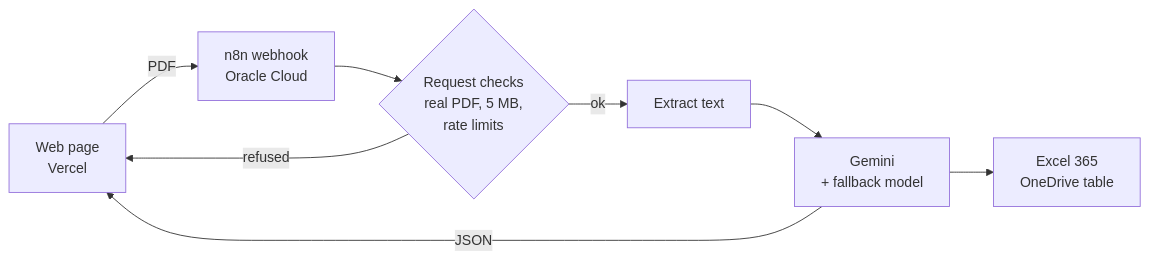
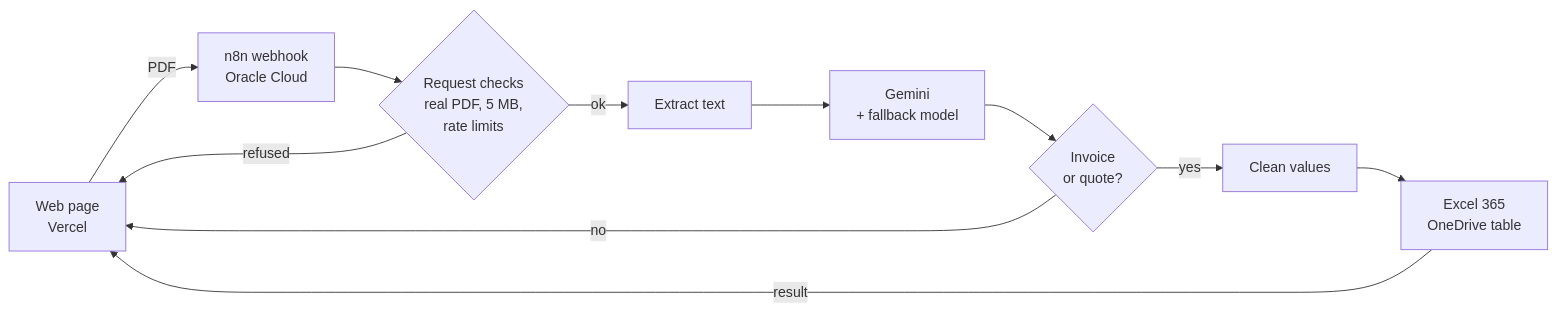
The diagram in README.md (Nico21350/saisie-zero), drawn with Mermaid before and after one commit. The commit also changed other lines of this file and 1 other file, not shown here.

````diff
--- a/README.md
+++ b/README.md
@@ -24,10 +25,12 @@
 ```mermaid
 flowchart LR
   A[Web page<br/>Vercel] -- PDF --> B[n8n webhook<br/>Oracle Cloud]
   B --> C{Request checks<br/>real PDF, 5 MB,<br/>rate limits}
   C -- ok --> D[Extract text]
   D --> E[Gemini<br/>+ fallback model]
-  E -- JSON --> A
-  E --> F[Excel 365<br/>OneDrive table]
+  E --> G{Invoice<br/>or quote?}
+  G -- yes --> H[Clean values] --> F[Excel 365<br/>OneDrive table]
+  F -- result --> A
+  G -- no --> A
   C -- refused --> A
 ```
````
